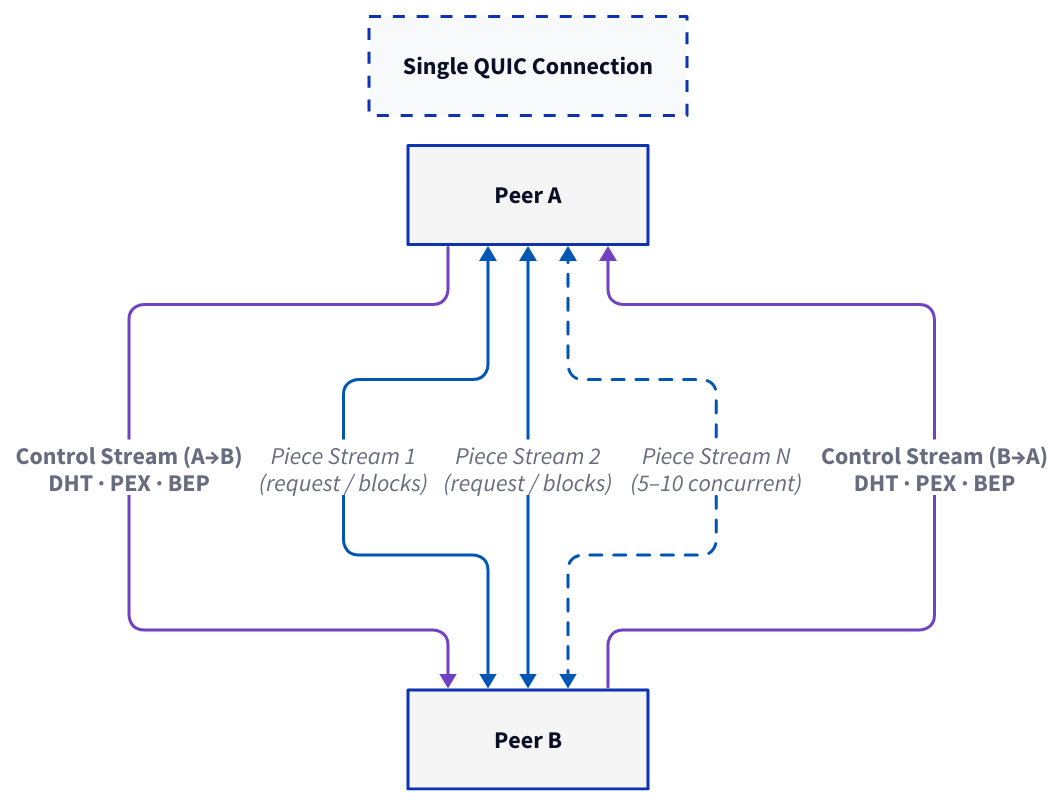
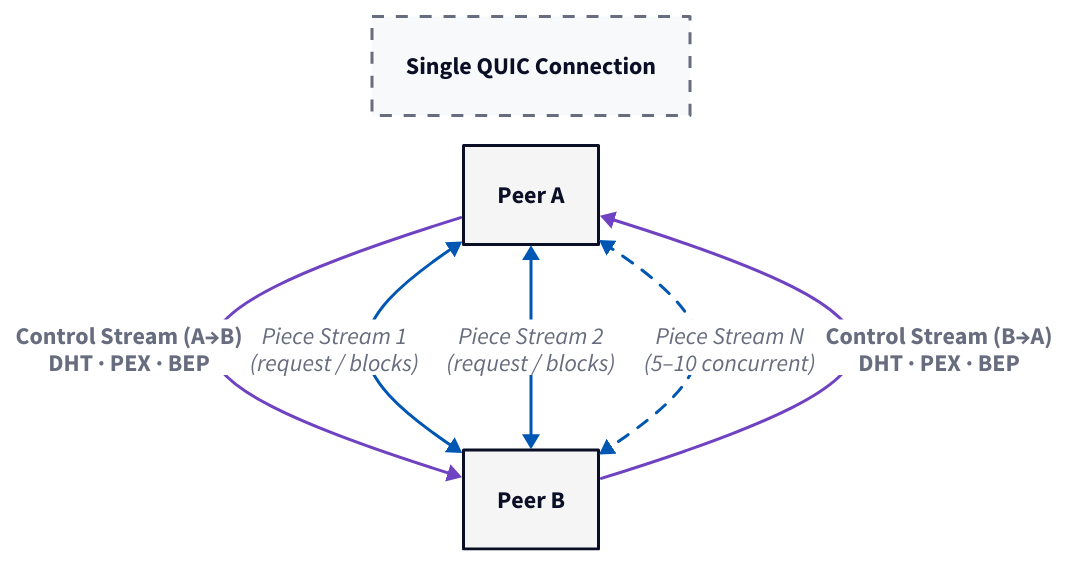
One commit to OnlyCavas/thesis changed the diagram in Org/diagrams/062/quic-connetion.d2. Above: the diagram before and after it, drawn with D2. The commit also changed 5 other files, not shown here.

```diff
--- a/Org/diagrams/062/quic-connetion.d2
+++ b/Org/diagrams/062/quic-connetion.d2
@@ -1,39 +1,40 @@
 vars: {
   d2-config: {
-    layout-engine: elk
+    layout-engine: dagre
+    theme-id: 1
   }
 }
 
 peer_a: Peer A {
   style.fill: "#f5f5f5"
 }
 
 peer_b: Peer B {
   style.fill: "#f5f5f5"
 }
 
 conn: Single QUIC Connection {
   style.fill: "#f8f9fa"
   style.stroke-dash: 4
   near: top-center
 }
 
 peer_a -> peer_b: "Control Stream (A→B)\nDHT · PEX · BEP" {
   style.stroke: "#6f42c1"
   style.bold: true
 }
 peer_b -> peer_a: "Control Stream (B→A)\nDHT · PEX · BEP" {
   style.stroke: "#6f42c1"
   style.bold: true
 }
 
 peer_a <-> peer_b: "Piece Stream 1\n(request / blocks)" {
   style.stroke: "#0056b3"
 }
 peer_a <-> peer_b: "Piece Stream 2\n(request / blocks)" {
   style.stroke: "#0056b3"
 }
 peer_a <-> peer_b: "Piece Stream N\n(5–10 concurrent)" {
   style.stroke: "#0056b3"
   style.stroke-dash: 4
 }
```
